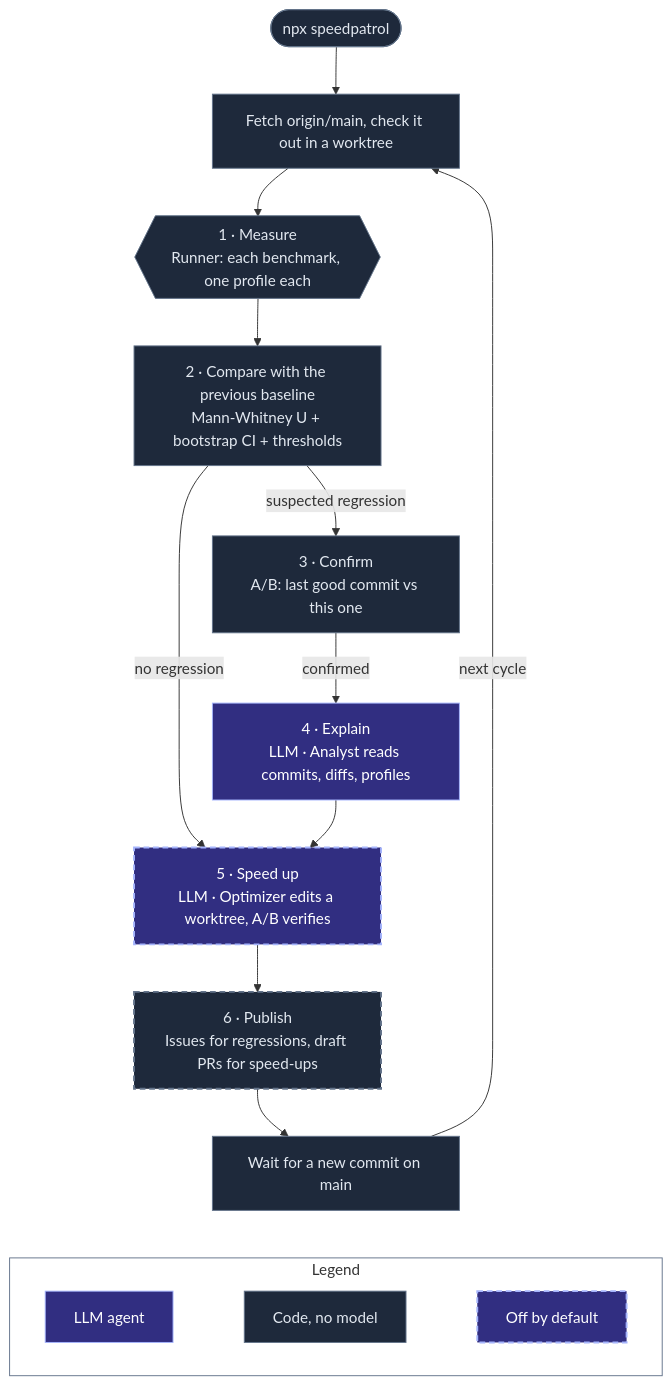
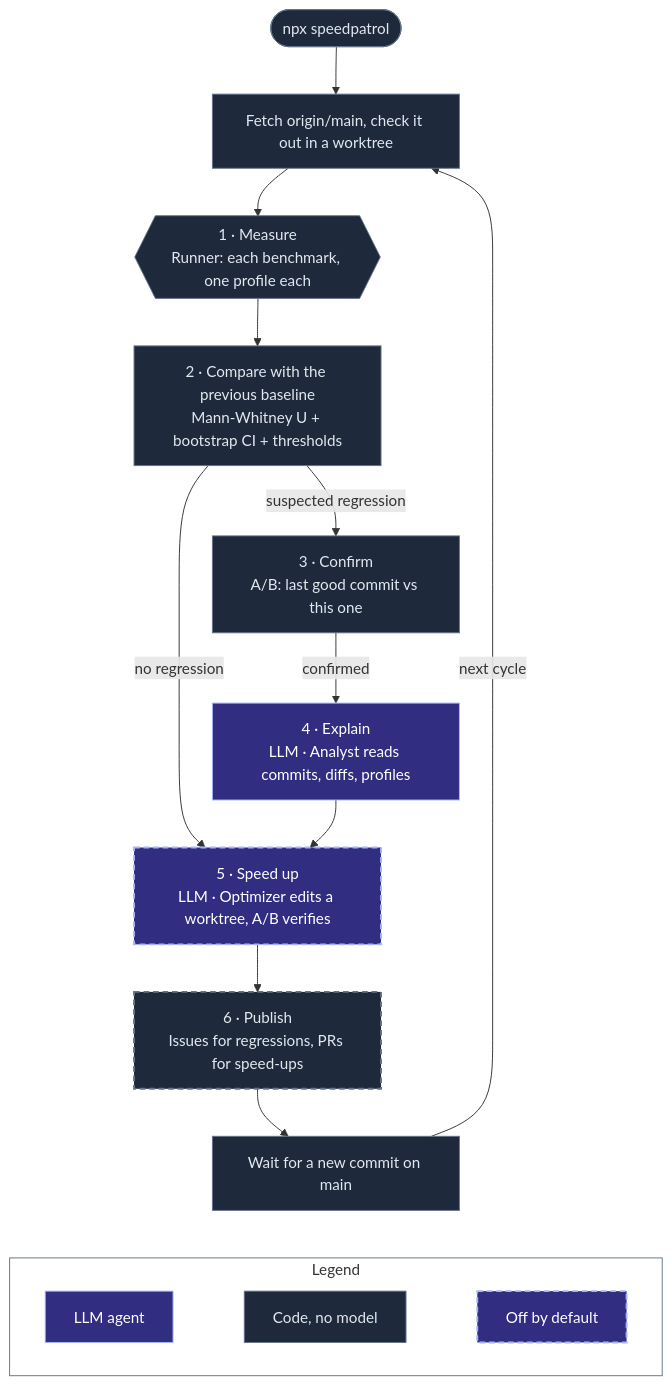
The diagram in README.md (agent-labs-dev/speedpatrol), drawn with Mermaid before and after one commit. The commit also changed other lines of this file and 3 other files, not shown here.

````diff
--- a/README.md
+++ b/README.md
@@ -26,29 +26,29 @@
 ```mermaid
 flowchart TB
   start(["npx speedpatrol"]) --> pull["Fetch origin/main, check it out in a worktree"]
   pull --> run{{"1 · Measure<br/>Runner: each benchmark, one profile each"}}
   run --> cmp["2 · Compare with the previous baseline<br/>Mann-Whitney U + bootstrap CI + thresholds"]
   cmp -->|"suspected regression"| confirm["3 · Confirm<br/>A/B: last good commit vs this one"]
   confirm -->|"confirmed"| analyst["4 · Explain<br/>LLM · Analyst reads commits, diffs, profiles"]
   cmp -->|"no regression"| opt
   analyst --> opt["5 · Speed up<br/>LLM · Optimizer edits a worktree, A/B verifies"]
-  opt --> publish["6 · Publish<br/>Issues for regressions, draft PRs for speed-ups"]
+  opt --> publish["6 · Publish<br/>Issues for regressions, PRs for speed-ups"]
   publish --> wait["Wait for a new commit on main"]
   wait -->|"next cycle"| pull
 
   subgraph legend ["Legend"]
     direction LR
     l1["LLM agent"] ~~~ l3["Code, no model"] ~~~ l4["Off by default"]
   end
   wait ~~~ legend
 
   classDef llm fill:#312e81,stroke:#a5b4fc,color:#ffffff
   classDef code fill:#1e293b,stroke:#64748b,color:#e2e8f0
   classDef off fill:#312e81,stroke:#a5b4fc,color:#ffffff,stroke-width:2px,stroke-dasharray:6 4
   class analyst,l1 llm
   class start,pull,run,cmp,confirm,wait,l3 code
   classDef offcode fill:#1e293b,stroke:#64748b,color:#e2e8f0,stroke-width:2px,stroke-dasharray:6 4
   class opt,l4 off
   class publish offcode
   style legend fill:transparent,stroke:#64748b
 ```
````
